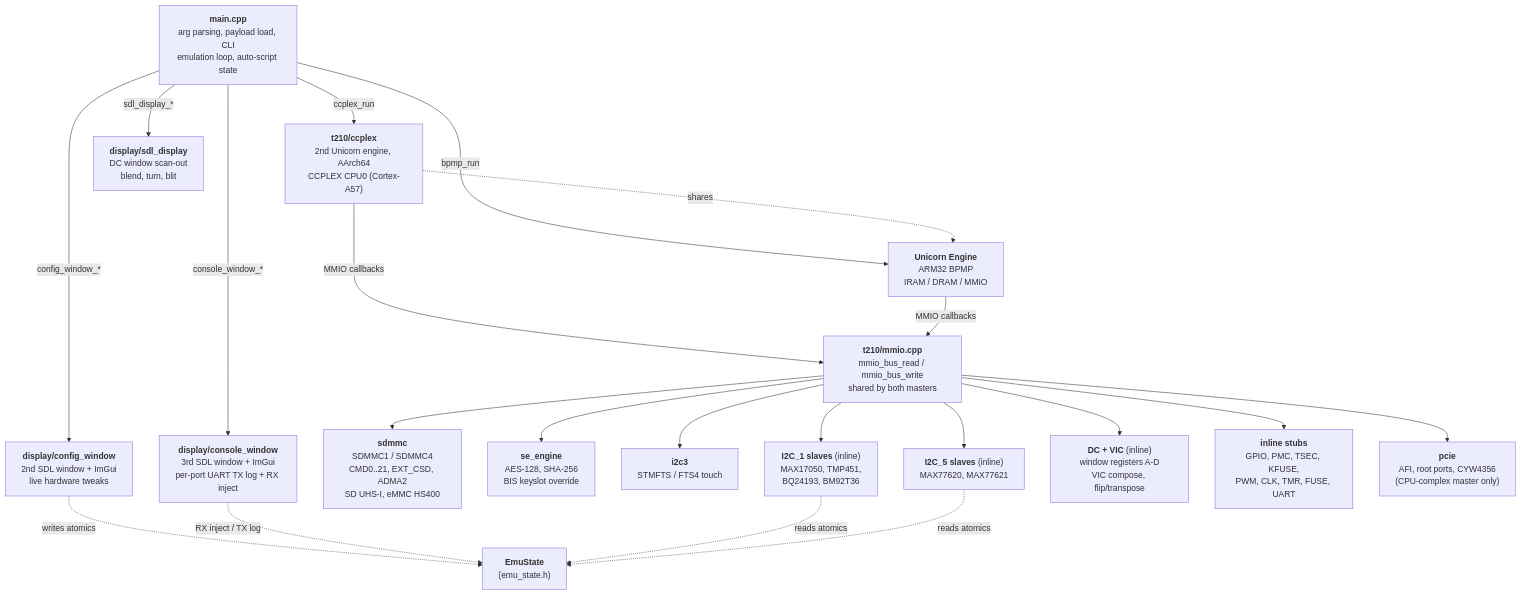
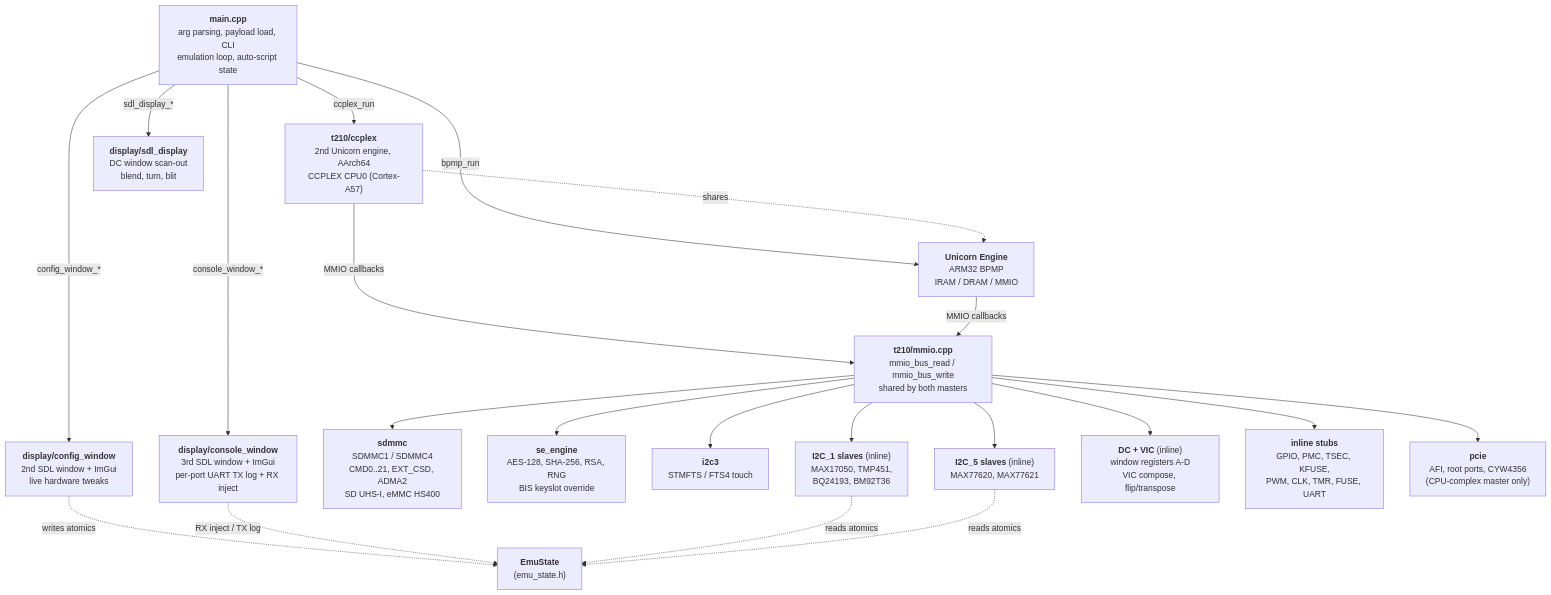
One commit to Creased/RCM-Emulator changed the diagram in DESIGN.md. Above: the diagram before and after it, drawn with Mermaid. The commit also changed other lines of this file and 9 other files, not shown here.

````diff
--- a/DESIGN.md
+++ b/DESIGN.md
@@ -9,28 +9,28 @@
 ```mermaid
 flowchart TB
     main["<b>main.cpp</b><br/>arg parsing, payload load, CLI<br/>emulation loop, auto-script state"]
 
     main -->|bpmp_run| uc["<b>Unicorn Engine</b><br/>ARM32 BPMP<br/>IRAM / DRAM / MMIO"]
     main -->|ccplex_run| a57["<b>t210/ccplex</b><br/>2nd Unicorn engine, AArch64<br/>CCPLEX CPU0 (Cortex-A57)"]
     a57 -->|MMIO callbacks| mmio
     a57 -.->|shares| uc
     main -->|sdl_display_*| sdl["<b>display/sdl_display</b><br/>DC window scan-out<br/>blend, turn, blit"]
     main -->|config_window_*| cfg["<b>display/config_window</b><br/>2nd SDL window + ImGui<br/>live hardware tweaks"]
     main -->|console_window_*| con["<b>display/console_window</b><br/>3rd SDL window + ImGui<br/>per-port UART TX log + RX inject"]
 
     uc -->|MMIO callbacks| mmio["<b>t210/mmio.cpp</b><br/>mmio_bus_read / mmio_bus_write<br/>shared by both masters"]
 
     mmio --> sdmmc["<b>sdmmc</b><br/>SDMMC1 / SDMMC4<br/>CMD0..21, EXT_CSD, ADMA2<br/>SD UHS-I, eMMC HS400"]
-    mmio --> se["<b>se_engine</b><br/>AES-128, SHA-256<br/>BIS keyslot override"]
+    mmio --> se["<b>se_engine</b><br/>AES-128, SHA-256, RSA, RNG<br/>BIS keyslot override"]
     mmio --> i2c["<b>i2c3</b><br/>STMFTS / FTS4 touch"]
     mmio --> i2c1["<b>I2C_1 slaves</b> (inline)<br/>MAX17050, TMP451,<br/>BQ24193, BM92T36"]
     mmio --> i2c5["<b>I2C_5 slaves</b> (inline)<br/>MAX77620, MAX77621"]
     mmio --> dc["<b>DC + VIC</b> (inline)<br/>window registers A-D<br/>VIC compose, flip/transpose"]
     mmio --> stubs["<b>inline stubs</b><br/>GPIO, PMC, TSEC, KFUSE,<br/>PWM, CLK, TMR, FUSE, UART"]
     mmio --> pcie["<b>pcie</b><br/>AFI, root ports, CYW4356<br/>(CPU-complex master only)"]
 
     cfg -.->|writes atomics| state["<b>EmuState</b><br/>(emu_state.h)"]
     con -.->|RX inject / TX log| state
     i2c1 -.->|reads atomics| state
     i2c5 -.->|reads atomics| state
 ```
````
